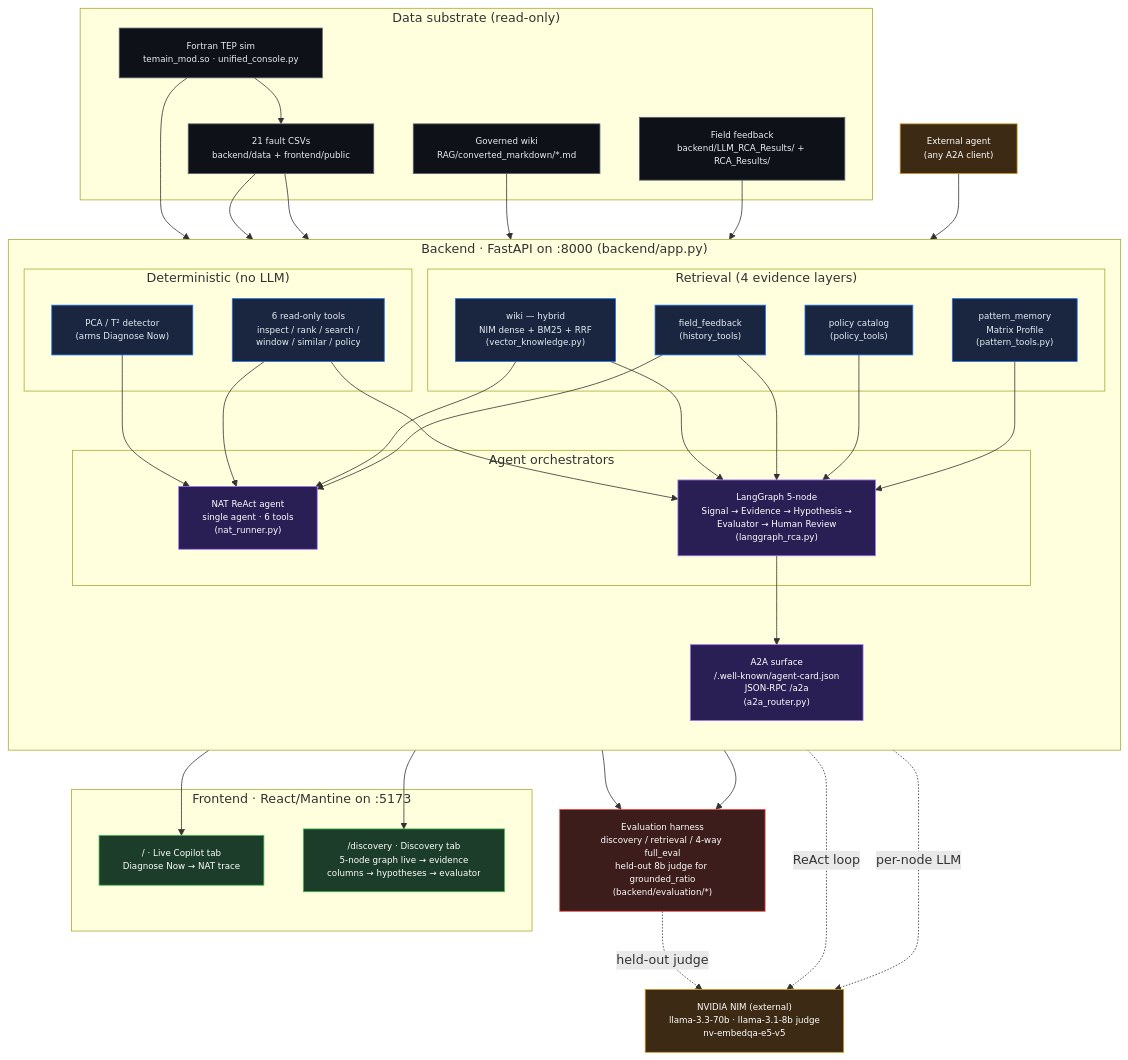
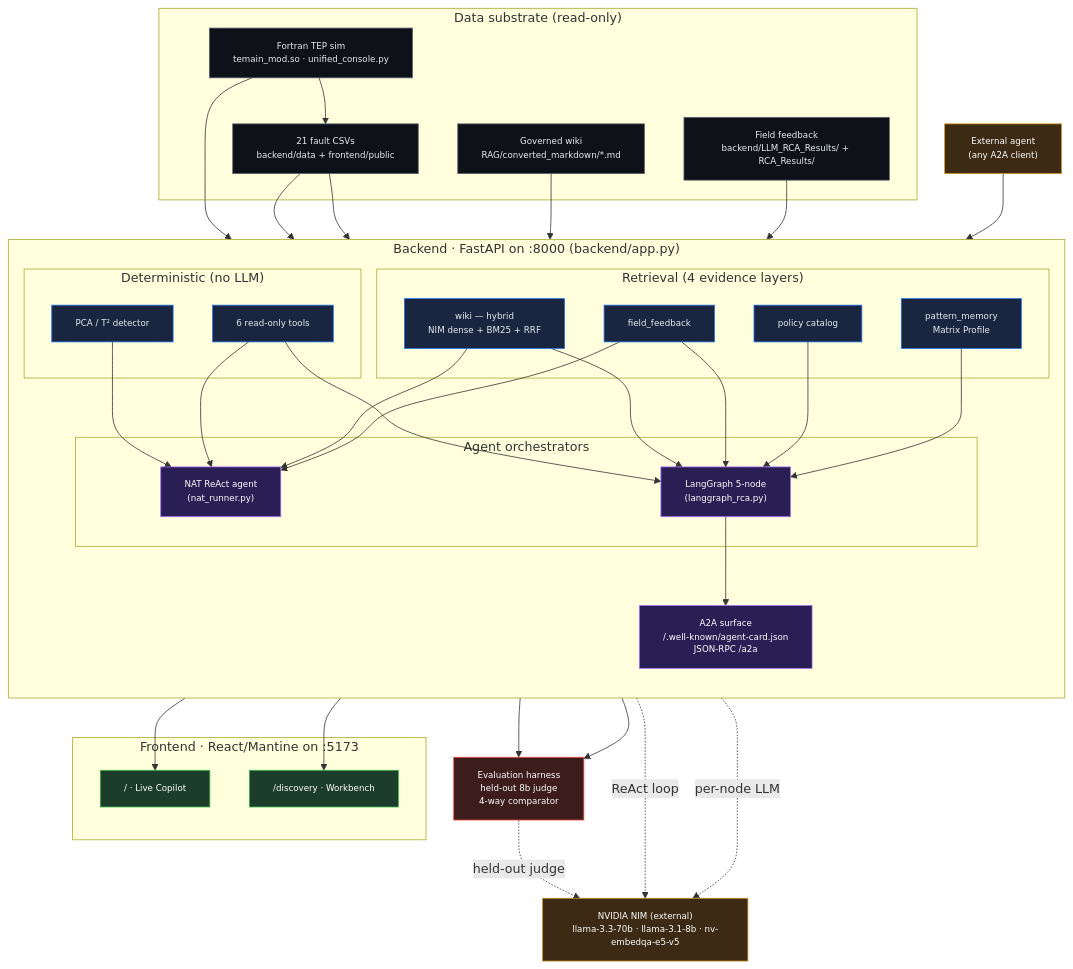
One commit to chennanli/Agent_Orchestration_RootCauseAnalysis changed the diagram in README.md. Above: the diagram before and after it, drawn with Mermaid. The commit also changed other lines of this file and 3 other files, not shown here.

````diff
--- a/README.md
+++ b/README.md
@@ -128,81 +71,74 @@
 ```mermaid
 flowchart TB
     classDef data fill:#0e1117,stroke:#5b6470,color:#e6edf3,font-size:11px
     classDef tool fill:#1a2540,stroke:#1f6feb,color:#e6edf3,font-size:11px
     classDef agent fill:#2a1f54,stroke:#a371f7,color:#fff,font-size:11px
     classDef ui fill:#1c3d2a,stroke:#3fb950,color:#fff,font-size:11px
     classDef ext fill:#3d2a14,stroke:#d29922,color:#fff,font-size:11px
     classDef eval fill:#3d1c1c,stroke:#f85149,color:#fff,font-size:11px
 
-    %% --- DATA SUBSTRATE -----------------------------------------------------
     subgraph DATA["Data substrate (read-only)"]
         SIM["Fortran TEP sim<br/>temain_mod.so · unified_console.py"]:::data
         FAULTS["21 fault CSVs<br/>backend/data + frontend/public"]:::data
         WIKI["Governed wiki<br/>RAG/converted_markdown/*.md"]:::data
         RCA["Field feedback<br/>backend/LLM_RCA_Results/ + RCA_Results/"]:::data
     end
 
-    %% --- BACKEND ZONES ------------------------------------------------------
     subgraph BACKEND["Backend · FastAPI on :8000  (backend/app.py)"]
         direction TB
         subgraph DET["Deterministic (no LLM)"]
-            PCA["PCA / T² detector<br/>(arms Diagnose Now)"]:::tool
-            TOOLS6["6 read-only tools<br/>inspect / rank / search /<br/>window / similar / policy"]:::tool
+            PCA["PCA / T² detector"]:::tool
+            TOOLS6["6 read-only tools"]:::tool
         end
         subgraph RET["Retrieval (4 evidence layers)"]
-            WIKI_R["wiki — hybrid<br/>NIM dense + BM25 + RRF<br/>(vector_knowledge.py)"]:::tool
-            FIELD_R["field_feedback<br/>(history_tools)"]:::tool
-            POL_R["policy catalog<br/>(policy_tools)"]:::tool
-            MP_R["pattern_memory<br/>Matrix Profile<br/>(pattern_tools.py)"]:::tool
+            WIKI_R["wiki — hybrid<br/>NIM dense + BM25 + RRF"]:::tool
+            FIELD_R["field_feedback"]:::tool
+            POL_R["policy catalog"]:::tool
+            MP_R["pattern_memory<br/>Matrix Profile"]:::tool
         end
         subgraph ORCH["Agent orchestrators"]
-            NAT["NAT ReAct agent<br/>single agent · 6 tools<br/>(nat_runner.py)"]:::agent
-            LG["LangGraph 5-node<br/>Signal → Evidence → Hypothesis →<br/>Evaluator → Human Review<br/>(langgraph_rca.py)"]:::agent
+            NAT["NAT ReAct agent<br/>(nat_runner.py)"]:::agent
+            LG["LangGraph 5-node<br/>(langgraph_rca.py)"]:::agent
         end
-        A2A["A2A surface<br/>/.well-known/agent-card.json<br/>JSON-RPC /a2a<br/>(a2a_router.py)"]:::agent
+        A2A["A2A surface<br/>/.well-known/agent-card.json<br/>JSON-RPC /a2a"]:::agent
     end
 
-    %% --- FRONTEND ----------------------------------------------------------
     subgraph FRONTEND["Frontend · React/Mantine on :5173"]
-        LC["/  ·  Live Copilot tab<br/>Diagnose Now → NAT trace"]:::ui
-        DISC["/discovery  ·  Discovery tab<br/>5-node graph live → evidence<br/>columns → hypotheses → evaluator"]:::ui
+        LC["/  ·  Live Copilot"]:::ui
+        DISC["/discovery  ·  Workbench"]:::ui
     end
 
-    %% --- EVAL HARNESS ------------------------------------------------------
-    EVAL["Evaluation harness<br/>discovery / retrieval / 4-way full_eval<br/>held-out 8b judge for grounded_ratio<br/>(backend/evaluation/*)"]:::eval
-
-    %% --- EXTERNAL ---------------------------------------------------------
-    NIM["NVIDIA NIM (external)<br/>llama-3.3-70b · llama-3.1-8b judge<br/>nv-embedqa-e5-v5"]:::ext
+    EVAL["Evaluation harness<br/>held-out 8b judge<br/>4-way comparator"]:::eval
+    NIM["NVIDIA NIM (external)<br/>llama-3.3-70b · llama-3.1-8b · nv-embedqa-e5-v5"]:::ext
     EXTAGENT["External agent<br/>(any A2A client)"]:::ext
 
-    %% --- EDGES ------------------------------------------------------------
     SIM --> PCA
     SIM --> FAULTS
     FAULTS --> TOOLS6
     FAULTS --> MP_R
     WIKI --> WIKI_R
     RCA --> FIELD_R
 
     PCA --> NAT
     TOOLS6 --> NAT
     WIKI_R --> NAT
     FIELD_R --> NAT
 
     TOOLS6 --> LG
     WIKI_R --> LG
     FIELD_R --> LG
     POL_R --> LG
     MP_R --> LG
 
     NAT -. ReAct loop .-> NIM
     LG  -. per-node LLM .-> NIM
     EVAL -. held-out judge .-> NIM
 
     NAT --> LC
     LG --> DISC
     LG --> A2A
     EXTAGENT --> A2A
 
     NAT --> EVAL
     LG  --> EVAL
 ```
````
